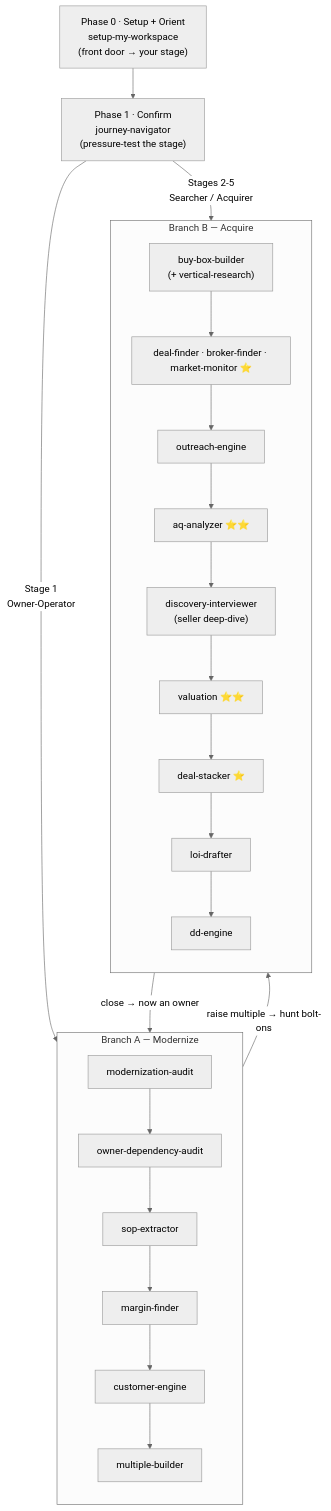
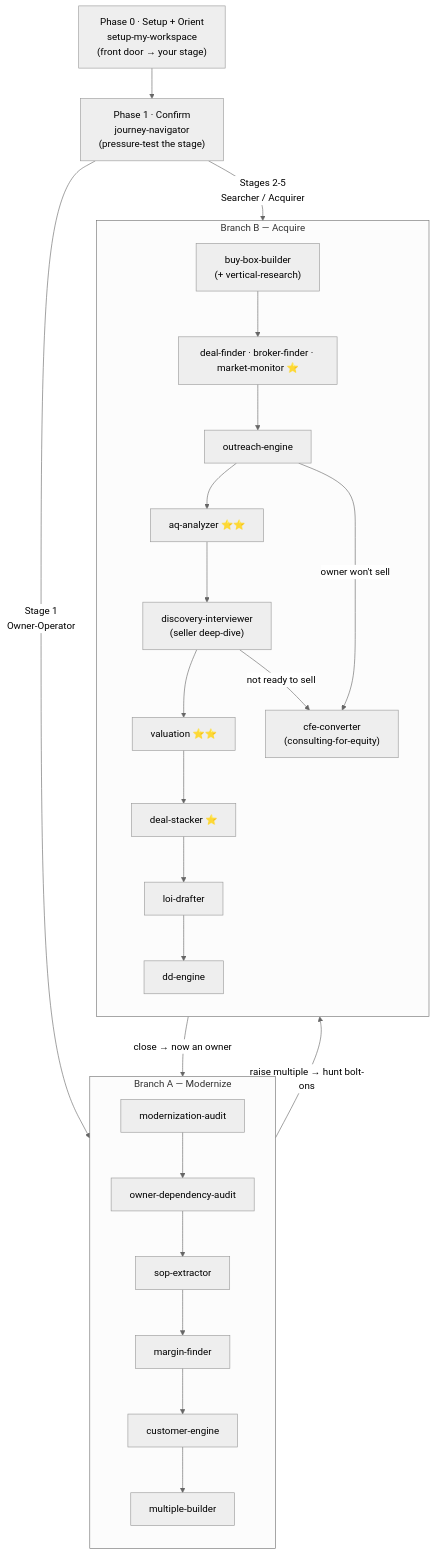
One commit to mobykax949/ai-SMBacquisition-os changed the diagram in JOURNEY.md. Above: the diagram before and after it, drawn with Mermaid (neutral theme). The commit also changed other lines of this file and 42 other files, not shown here.

````diff
--- a/JOURNEY.md
+++ b/JOURNEY.md
@@ -132,22 +142,24 @@
 ```mermaid
 flowchart TD
     S0["Phase 0 · Setup + Orient<br/>setup-my-workspace<br/>(front door → your stage)"]
     S1["Phase 1 · Confirm<br/>journey-navigator<br/>(pressure-test the stage)"]
     S0 --> S1
 
     S1 -->|"Stage 1<br/>Owner-Operator"| A0
     S1 -->|"Stages 2-5<br/>Searcher / Acquirer"| B1
 
     subgraph A ["Branch A — Modernize"]
         direction TB
         A0["modernization-audit"] --> A1["owner-dependency-audit"] --> A2["sop-extractor"] --> A3["margin-finder"] --> A4["customer-engine"] --> A5["multiple-builder"]
     end
 
     subgraph B ["Branch B — Acquire"]
         direction TB
         B1["buy-box-builder<br/>(+ vertical-research)"] --> B2["deal-finder · broker-finder · market-monitor ⭐"] --> B3["outreach-engine"] --> B4["aq-analyzer ⭐⭐"] --> B5["discovery-interviewer<br/>(seller deep-dive)"] --> B6["valuation ⭐⭐"] --> B7["deal-stacker ⭐"] --> B8["loi-drafter"] --> B9["dd-engine"]
+        B3 -->|"owner won't sell"| BCFE["cfe-converter<br/>(consulting-for-equity)"]
+        B5 -->|"not ready to sell"| BCFE
     end
 
     B9 -->|"close → now an owner"| A0
     A5 -->|"raise multiple → hunt bolt-ons"| B1
 ```
````
